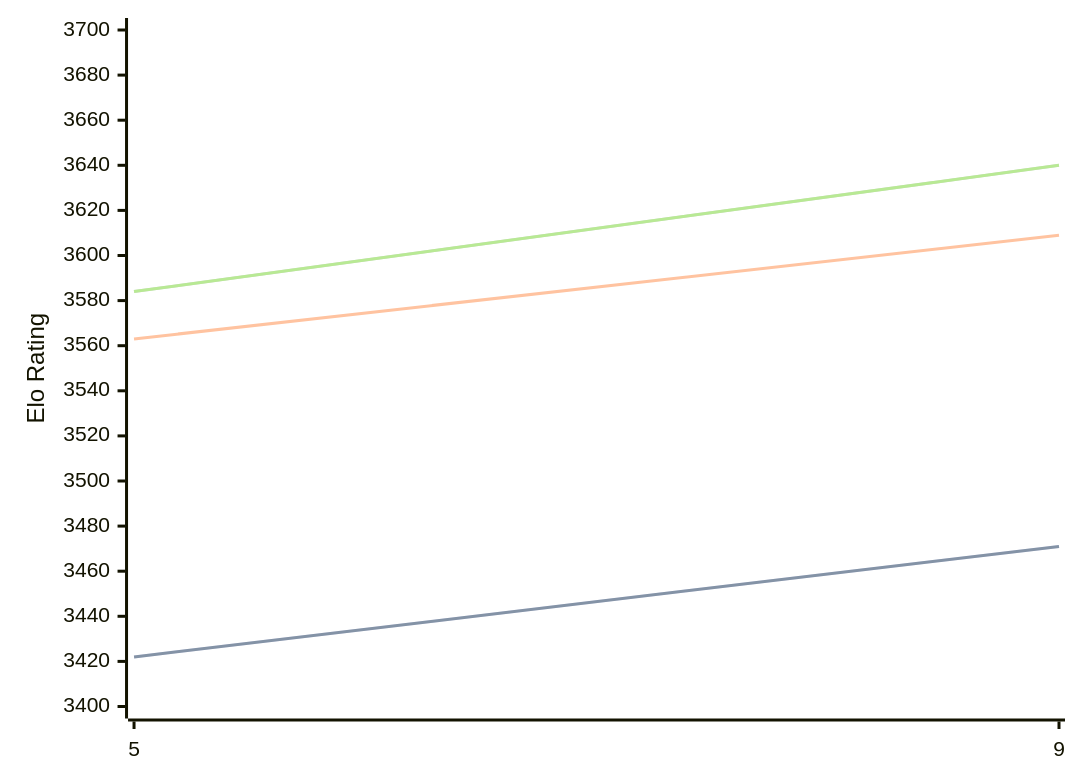
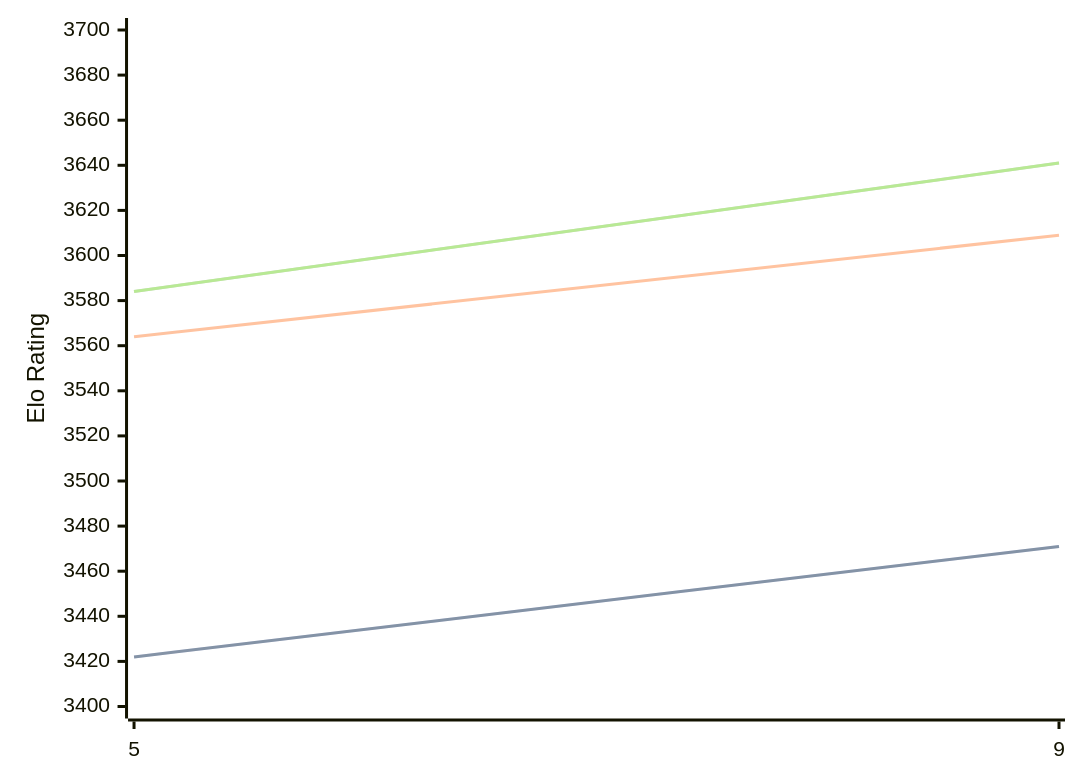
The diagram in engines/Crystal.md (computer-chess-index/cci), drawn with Mermaid before and after one commit. The commit also changed other lines of this file, not shown here.

Commit message:
Update CCI Ratings (ELO VLTC) - 2026-02-26

````diff
--- a/engines/Crystal.md
+++ b/engines/Crystal.md
@@ -58,11 +58,11 @@
 ```mermaid
 %%{init: {"theme":"base","themeVariables":{"seriesColors:['#a3a3a3','#222221','#faa371']}}}%%
 xychart-beta
   x-axis ["5", "9"]
   y-axis "Elo Rating" 3400 --> 3700
   line "STC (8.0+0.08s)" [3422, 3471]
   line "STC (8.0+0.08s)" [3422, 3471]
-  line "LTC (60.0+0.60s)" [3563, 3609]
-  line "VLTC (2m24s+1.12s)" [3584, 3640]
-  line "VLTC (2m24s+1.12s)" [3584, 3640]
+  line "LTC (60.0+0.60s)" [3564, 3609]
+  line "VLTC (2m24s+1.12s)" [3584, 3641]
+  line "VLTC (2m24s+1.12s)" [3584, 3641]
 ```
````
